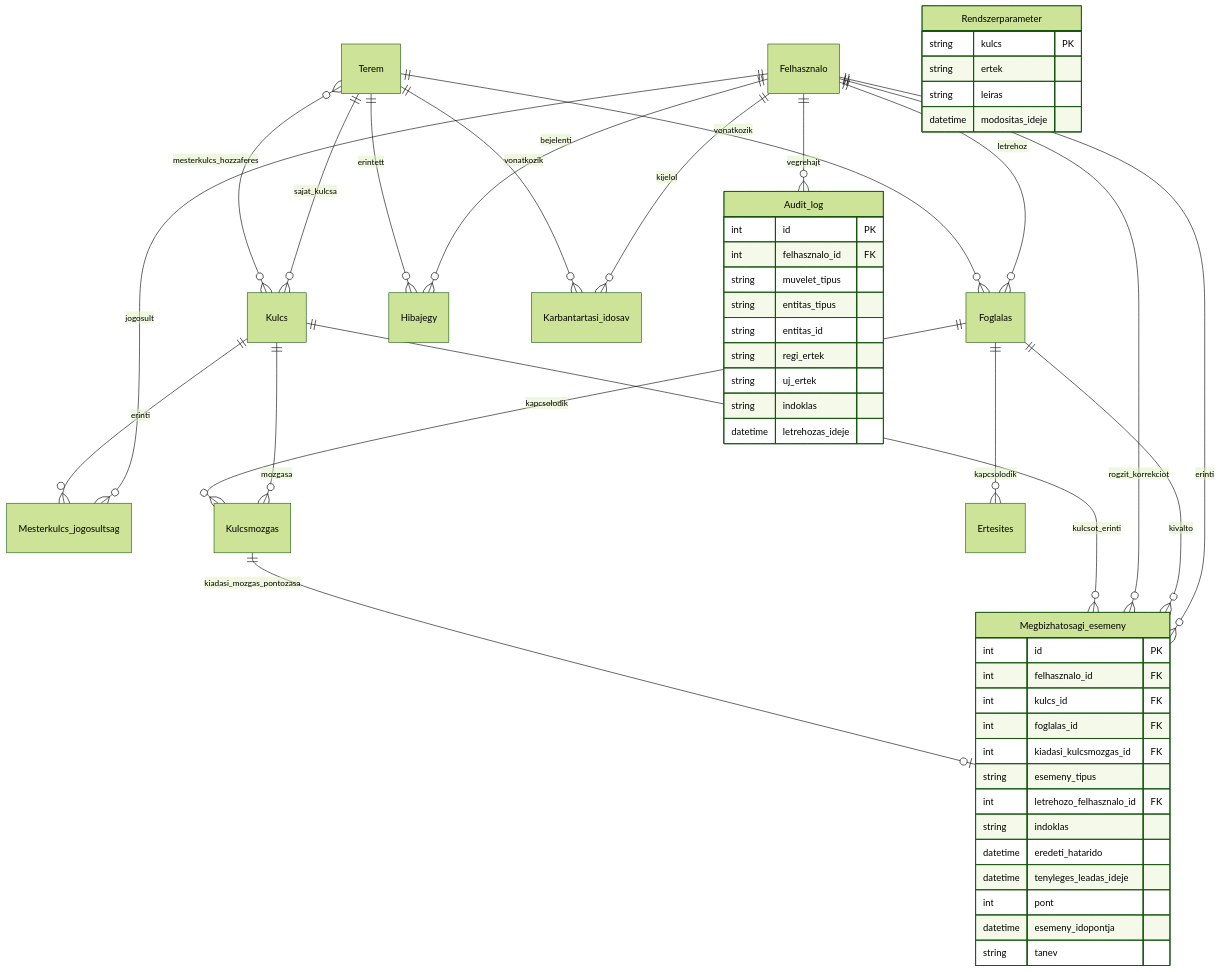
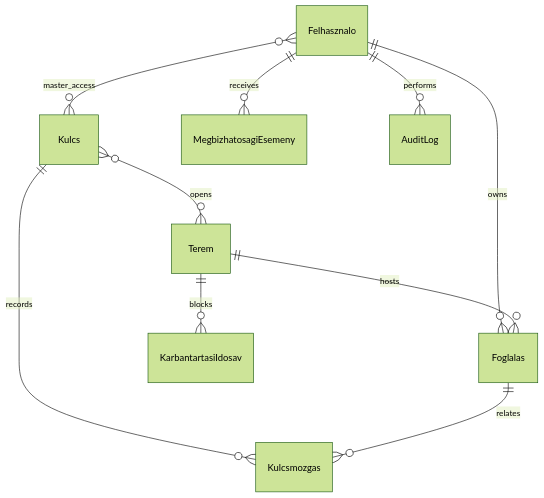
The third of 4 diagrams in projektterv.md (CsKitti24/ProjektLabor), drawn with Mermaid (forest theme) before and after one commit. The commit also changed other lines of this file and 1 other file, not shown here.

````diff
--- a/projektterv.md
+++ b/projektterv.md
@@ -195,65 +97,12 @@
 ```mermaid
 erDiagram
-    Felhasznalo ||--o{ Foglalas : letrehoz
-    Terem ||--o{ Foglalas : vonatkozik
-
-    Terem ||--o{ Kulcs : sajat_kulcsa
-    Kulcs }o--o{ Terem : mesterkulcs_hozzaferes
-
-    Felhasznalo ||--o{ Mesterkulcs_jogosultsag : jogosult
-    Kulcs ||--o{ Mesterkulcs_jogosultsag : erinti
-
-    Kulcs ||--o{ Kulcsmozgas : mozgasa
-    Foglalas ||--o{ Kulcsmozgas : kapcsolodik
-
-    Felhasznalo ||--o{ Hibajegy : bejelenti
-    Terem ||--o{ Hibajegy : erintett
-
-    Felhasznalo ||--o{ Karbantartasi_idosav : kijelol
-    Terem ||--o{ Karbantartasi_idosav : vonatkozik
-
-    Felhasznalo ||--o{ Megbizhatosagi_esemeny : erinti
-    Foglalas ||--o{ Megbizhatosagi_esemeny : kivalto
-    Felhasznalo ||--o{ Megbizhatosagi_esemeny : rogzit_korrekciot
-    Kulcs ||--o{ Megbizhatosagi_esemeny : kulcsot_erinti
-    Kulcsmozgas ||--o| Megbizhatosagi_esemeny : kiadasi_mozgas_pontozasa
-
-    Foglalas ||--o{ Ertesites : kapcsolodik
-
-    Felhasznalo ||--o{ Audit_log : vegrehajt
-
-    Megbizhatosagi_esemeny {
-        int id PK
-        int felhasznalo_id FK
-        int kulcs_id FK
-        int foglalas_id FK
-        int kiadasi_kulcsmozgas_id FK
-        string esemeny_tipus
-        int letrehozo_felhasznalo_id FK
-        string indoklas
-        datetime eredeti_hatarido
-        datetime tenyleges_leadas_ideje
-        int pont
-        datetime esemeny_idopontja
-        string tanev
-    }
-
-    Audit_log {
-        int id PK
-        int felhasznalo_id FK
-        string muvelet_tipus
-        string entitas_tipus
-        string entitas_id
-        string regi_ertek
-        string uj_ertek
-        string indoklas
-        datetime letrehozas_ideje
-    }
-
-    Rendszerparameter {
-        string kulcs PK
-        string ertek
-        string leiras
-        datetime modositas_ideje
-    }
+    Felhasznalo ||--o{ Foglalas : owns
+    Terem ||--o{ Foglalas : hosts
+    Terem ||--o{ KarbantartasiIdosav : blocks
+    Kulcs ||--o{ Kulcsmozgas : records
+    Foglalas ||--o{ Kulcsmozgas : relates
+    Kulcs }o--o{ Terem : opens
+    Felhasznalo }o--o{ Kulcs : master_access
+    Felhasznalo ||--o{ MegbizhatosagiEsemeny : receives
+    Felhasznalo ||--o{ AuditLog : performs
 ```
````
